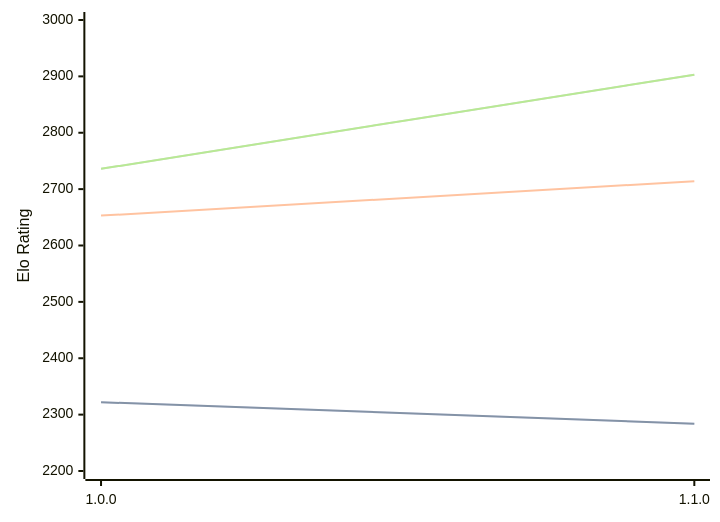
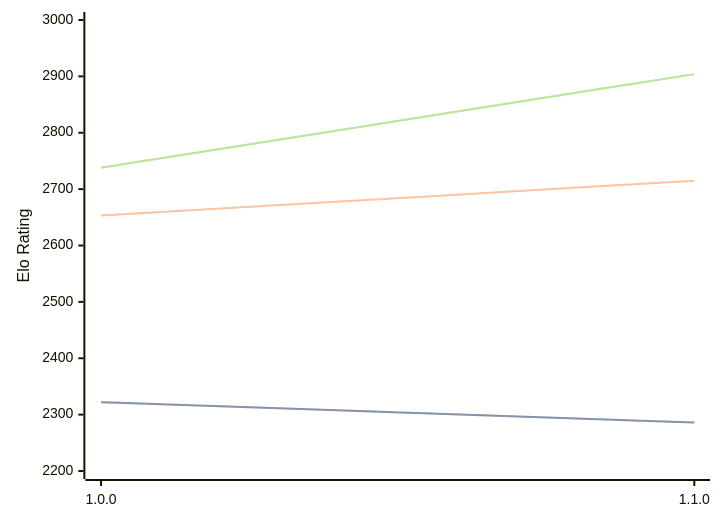
Before and after one commit to computer-chess-index/cci: the diagram in engines/ShallowGuess.md, drawn with Mermaid. The commit also changed other lines of this file, not shown here.

Commit message:
Update CCI Ratings (ELO VLTC) - 2026-08-21

````diff
--- a/engines/ShallowGuess.md
+++ b/engines/ShallowGuess.md
@@ -32,11 +32,11 @@
 ```mermaid
 %%{init: {"theme":"base","themeVariables":{"seriesColors:['#a3a3a3','#222221','#faa371']}}}%%
 xychart-beta
   x-axis ["1.0.0", "1.1.0"]
   y-axis "Elo Rating" 2200 --> 3000
-  line "STC (8.0+0.08s)" [2322, 2284]
-  line "STC (8.0+0.08s)" [2322, 2284]
-  line "LTC (60.0+0.60s)" [2653, 2714]
-  line "VLTC (2m24s+1.12s)" [2736, 2903]
-  line "VLTC (2m24s+1.12s)" [2736, 2903]
+  line "STC (8.0+0.08s)" [2322, 2286]
+  line "STC (8.0+0.08s)" [2322, 2286]
+  line "LTC (60.0+0.60s)" [2653, 2715]
+  line "VLTC (2m24s+1.12s)" [2738, 2904]
+  line "VLTC (2m24s+1.12s)" [2738, 2904]
 ```
````
